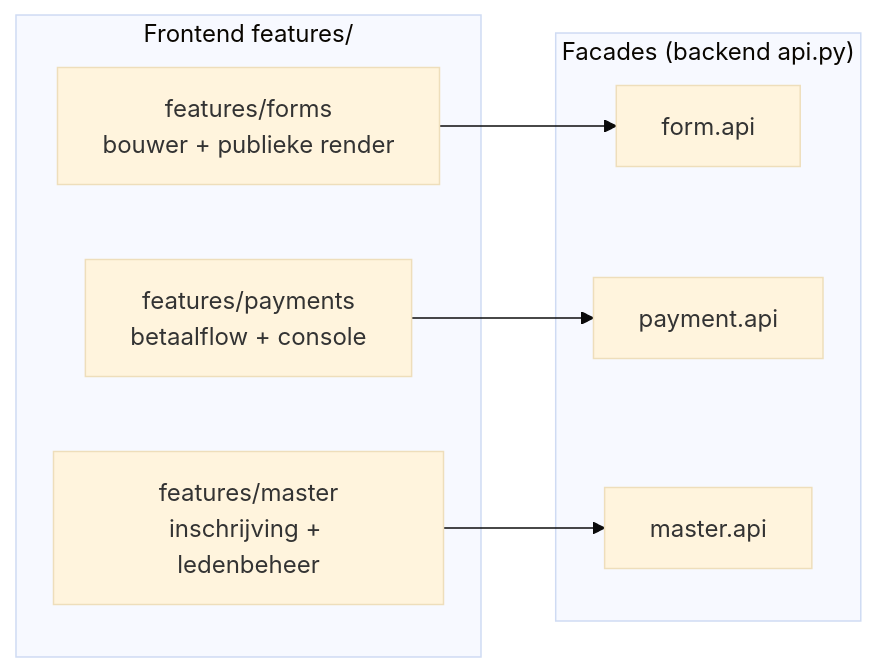
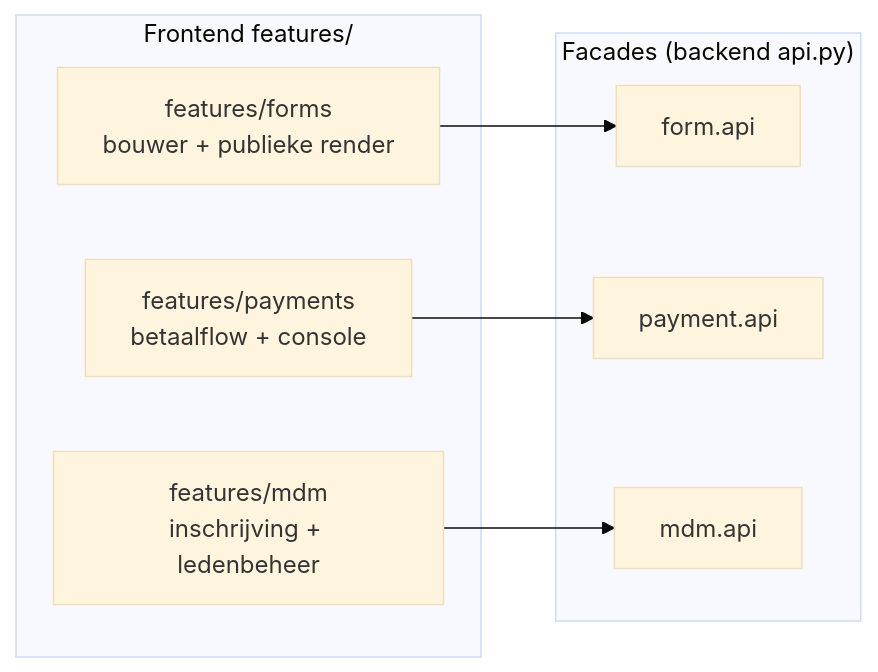
Before and after one commit to KoenRenders/KoenTest: the third of 10 diagrams in docs/intermediate-architecture-upgrade-v1.md, drawn with Mermaid (base theme). The commit also changed other lines of this file, not shown here.

First line of the commit message:
docs: architecture v1 — componenten scherpgesteld + master→MDM

````diff
--- a/docs/intermediate-architecture-upgrade-v1.md
+++ b/docs/intermediate-architecture-upgrade-v1.md
@@ -163,16 +186,16 @@
 ```mermaid
 flowchart LR
   subgraph FE["Frontend features/"]
     F_FORM["features/forms<br/>bouwer + publieke render"]
     F_PAY["features/payments<br/>betaalflow + console"]
-    F_MASTER["features/master<br/>inschrijving + ledenbeheer"]
+    F_MASTER["features/mdm<br/>inschrijving + ledenbeheer"]
   end
   subgraph API["Facades (backend api.py)"]
     A_FORM[form.api]
     A_PAY[payment.api]
-    A_MASTER[master.api]
+    A_MASTER[mdm.api]
   end
   F_FORM --> A_FORM
   F_PAY --> A_PAY
   F_MASTER --> A_MASTER
 ```
````
